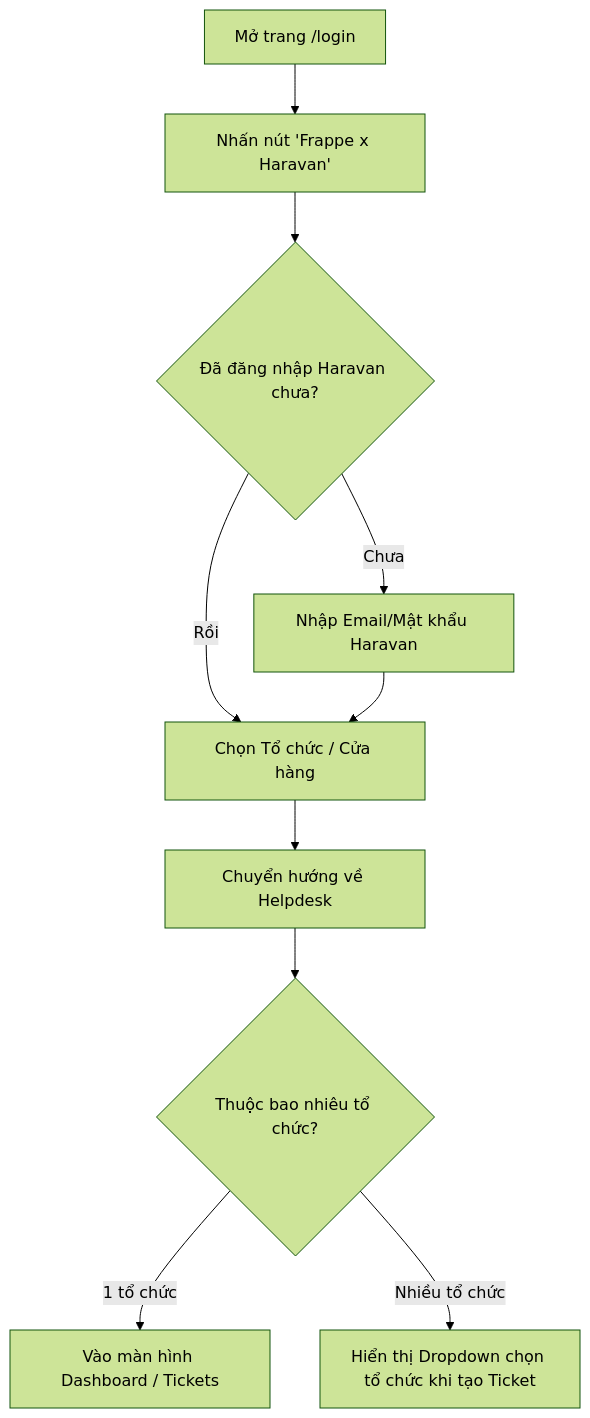
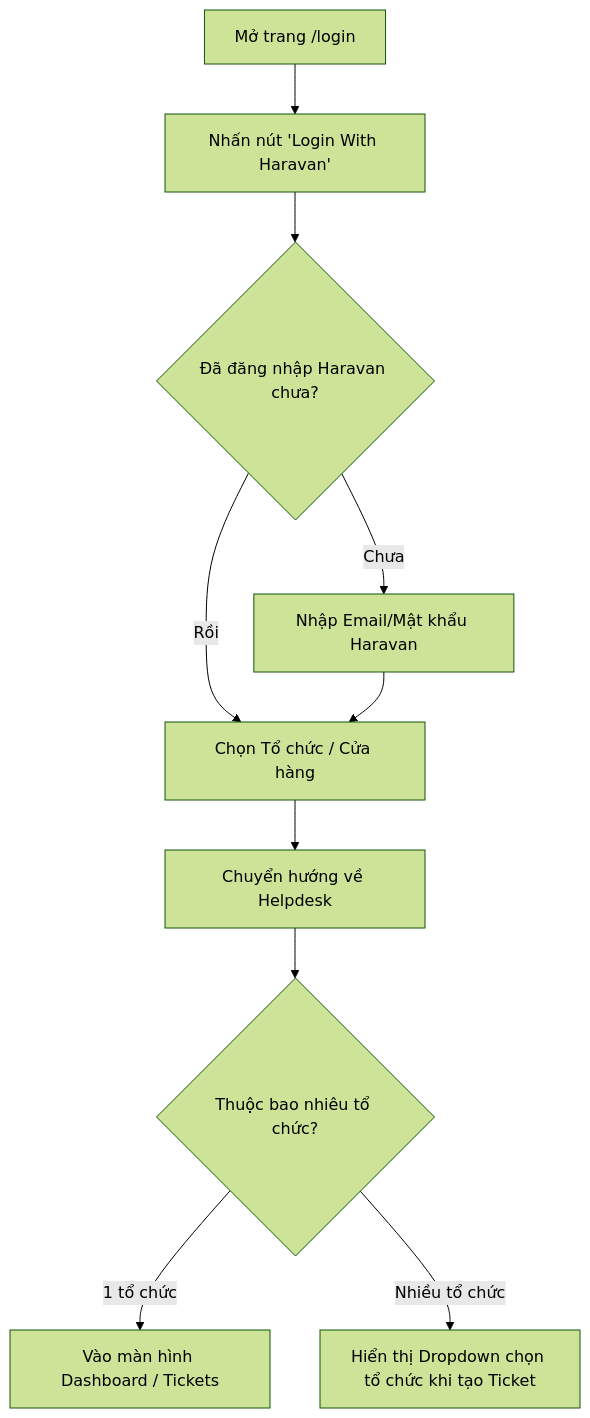
The second of 2 diagrams in docs/architecture/oauth-flow.md (tody-agent/login_with_haravan), drawn with Mermaid (forest theme) before and after one commit. The commit also changed other lines of this file and 26 other files, not shown here.

Commit message:
fix(critical): rollback rebranding from 'Frappe x Haravan' to 'Login With Haravan' completely to resolve bugs

````diff
--- a/docs/architecture/oauth-flow.md
+++ b/docs/architecture/oauth-flow.md
@@ -39,12 +39,12 @@
 ```mermaid
 graph TD
-    A[Mở trang /login] --> B[Nhấn nút 'Frappe x Haravan']
+    A[Mở trang /login] --> B[Nhấn nút 'Login With Haravan']
     B --> C{Đã đăng nhập Haravan chưa?}
     C -->|Chưa| D[Nhập Email/Mật khẩu Haravan]
     C -->|Rồi| E[Chọn Tổ chức / Cửa hàng]
     D --> E
     E --> F[Chuyển hướng về Helpdesk]
     F --> G{Thuộc bao nhiêu tổ chức?}
     G -->|1 tổ chức| H[Vào màn hình Dashboard / Tickets]
     G -->|Nhiều tổ chức| I[Hiển thị Dropdown chọn tổ chức khi tạo Ticket]
 ```
````
